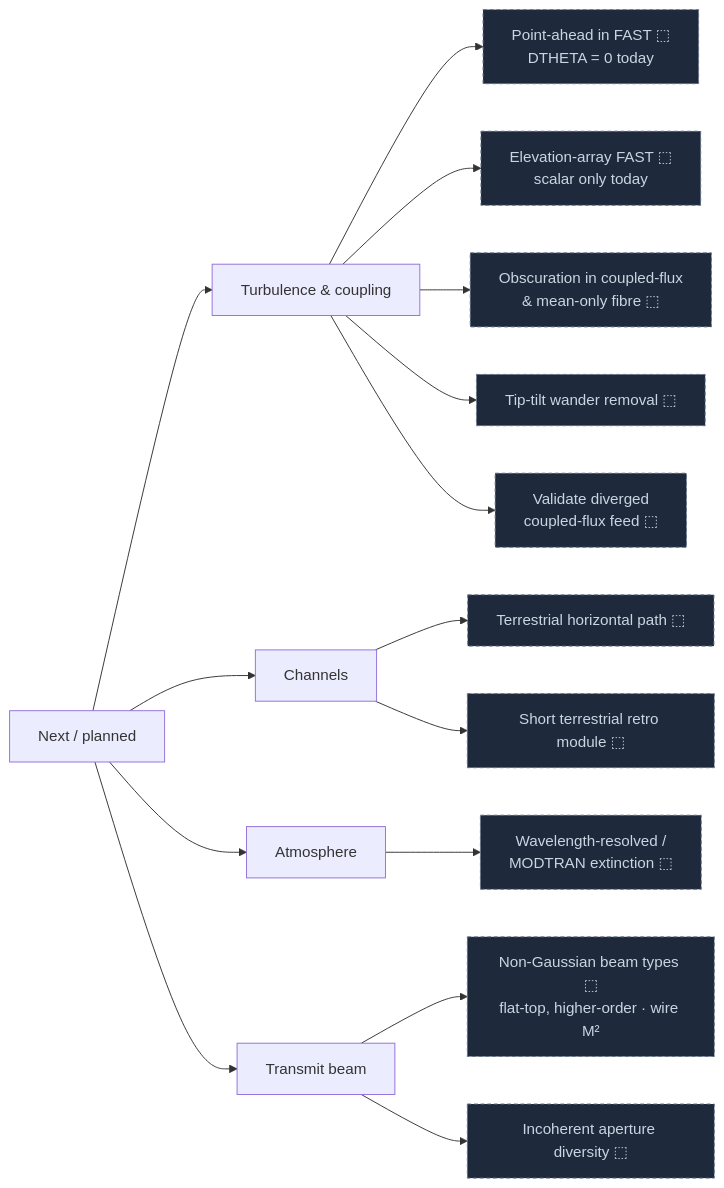
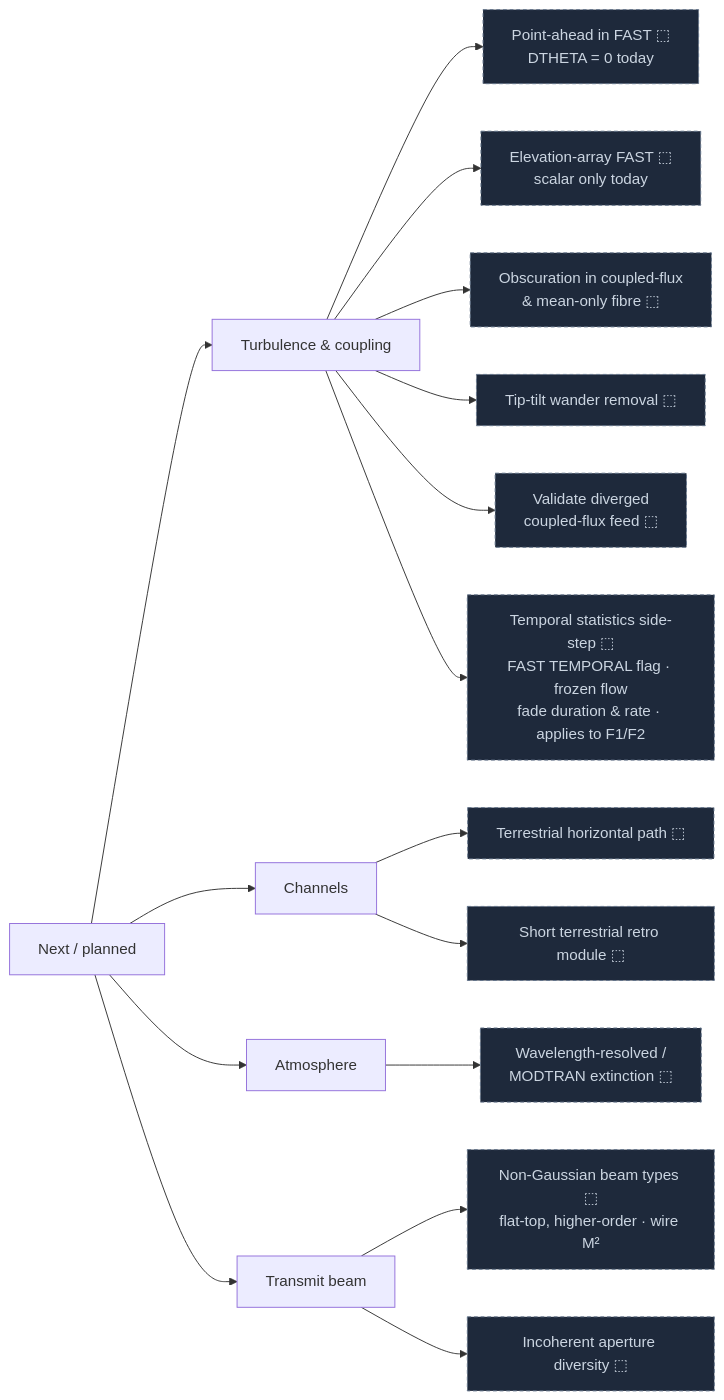
The fourth of 4 diagrams in README.md (bigfraw/optical_link_budget), drawn with Mermaid before and after one commit. The commit also changed other lines of this file and 6 other files, not shown here.

````diff
--- a/README.md
+++ b/README.md
@@ -170,24 +177,25 @@
 ```mermaid
 flowchart LR
   N["Next / planned"]
 
   N --> NT["Turbulence & coupling"]
   NT --> NT1["Point-ahead in FAST ⬚<br/>DTHETA = 0 today"]:::planned
   NT --> NT2["Elevation-array FAST ⬚<br/>scalar only today"]:::planned
   NT --> NT3["Obscuration in coupled-flux<br/>& mean-only fibre ⬚"]:::planned
   NT --> NT4["Tip-tilt wander removal ⬚"]:::planned
   NT --> NT5["Validate diverged<br/>coupled-flux feed ⬚"]:::planned
+  NT --> NT6["Temporal statistics side-step ⬚<br/>FAST TEMPORAL flag · frozen flow<br/>fade duration &amp; rate · applies to F1/F2"]:::planned
 
   N --> NC["Channels"]
   NC --> NC1["Terrestrial horizontal path ⬚"]:::planned
   NC --> NC2["Short terrestrial retro module ⬚"]:::planned
 
   N --> NA["Atmosphere"]
   NA --> NA1["Wavelength-resolved /<br/>MODTRAN extinction ⬚"]:::planned
 
   N --> NTX["Transmit beam"]
   NTX --> NTX1["Non-Gaussian beam types ⬚<br/>flat-top, higher-order · wire M²"]:::planned
   NTX --> NTX2["Incoherent aperture diversity ⬚"]:::planned
 
   classDef planned fill:#1e293b,color:#cbd5e1,stroke:#64748b,stroke-dasharray:4 3;
 ```
````
